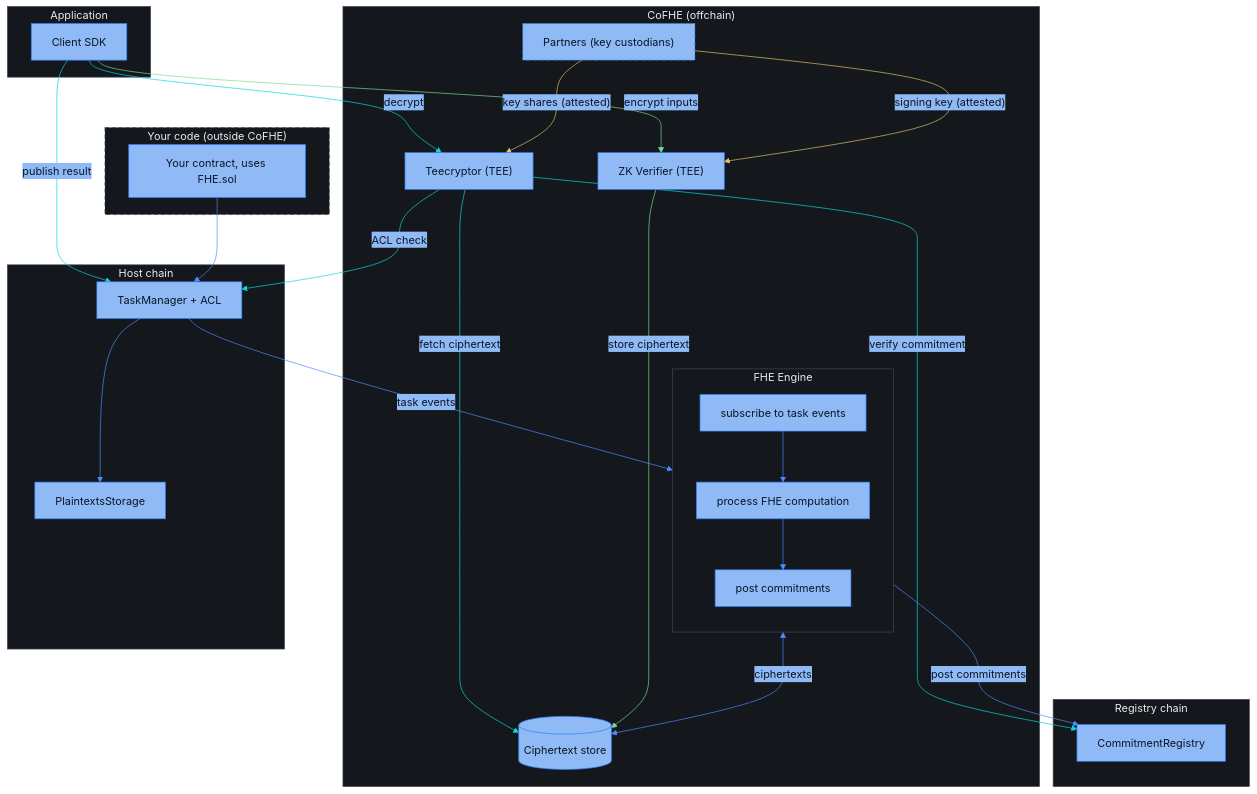
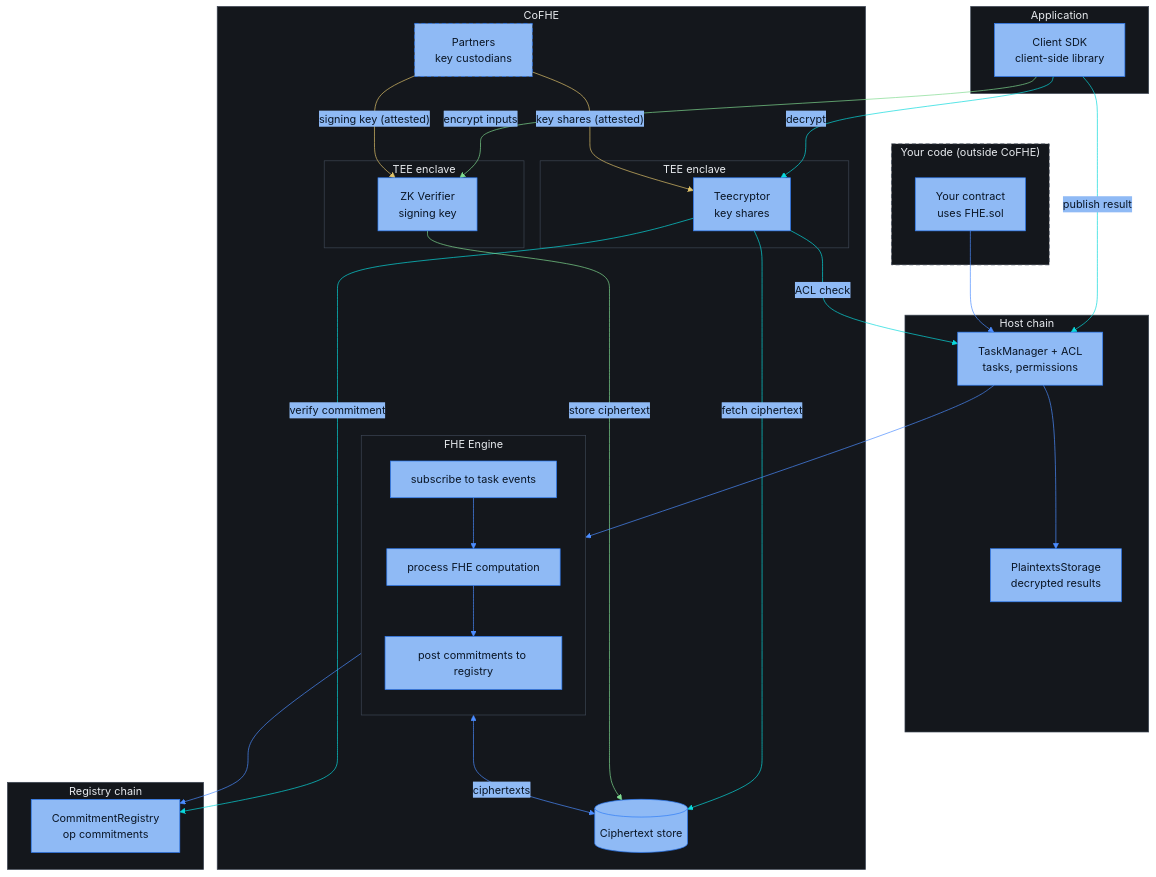
One commit to FhenixProtocol/fhenix-developer-docs changed the diagram in deep-dive/cofhe-components/overview.mdx. Above: the diagram before and after it, drawn with Mermaid.

Commit message:
[DOCS] cofhe-components/overview: diagram matches the reviewed structure, TEE enclaves and node subtitles

````diff
--- a/deep-dive/cofhe-components/overview.mdx
+++ b/deep-dive/cofhe-components/overview.mdx
@@ -8,53 +8,57 @@
 ```mermaid
 %%{init: {"theme": "base", "themeVariables": {"fontFamily": "Menlo, Monaco, Consolas, monospace", "fontSize": "16px", "primaryColor": "#8FBAF5", "primaryBorderColor": "#2E7CF6", "primaryTextColor": "#0A1626", "lineColor": "#4C8DFF", "signalColor": "#4C8DFF", "signalTextColor": "#8FA3BF", "actorBkg": "#8FBAF5", "actorBorder": "#2E7CF6", "actorTextColor": "#0A1626", "actorLineColor": "#3D4654", "noteBkgColor": "#14171C", "noteBorderColor": "#3D4654", "noteTextColor": "#AFC3DE", "activationBkgColor": "#1E3A5F", "activationBorderColor": "#4C8DFF", "clusterBkg": "#14171C", "clusterBorder": "#3D4654", "titleColor": "#E7EAEE", "edgeLabelBackground": "#8FBAF5", "textColor": "#AFC3DE", "labelTextColor": "#E7EAEE", "tertiaryColor": "#14171C", "loopTextColor": "#AFC3DE", "labelBoxBkgColor": "#1E3A5F", "labelBoxBorderColor": "#4C8DFF"}, "sequence": {"actorFontFamily": "Menlo, Monaco, Consolas, monospace", "messageFontFamily": "Menlo, Monaco, Consolas, monospace", "noteFontFamily": "Menlo, Monaco, Consolas, monospace", "width": 220, "actorFontSize": 16, "messageFontSize": 16, "noteFontSize": 15}}}%%
 flowchart TB
     subgraph Yours["Your code (outside CoFHE)"]
-        FHEC["Your contract, uses FHE.sol"]
+        FHEC["Your contract<br/>uses FHE.sol"]
     end
 
     subgraph App["Application"]
-        SDK["Client SDK"]
+        SDK["Client SDK<br/>client-side library"]
     end
 
-    subgraph CoFHE["CoFHE (offchain)"]
-        TEE["Teecryptor (TEE)"]
-        ZK["ZK Verifier (TEE)"]
-        PRT["Partners (key custodians)"]
+    subgraph Host["Host chain"]
+        TM["TaskManager + ACL<br/>tasks, permissions"]
+        PS["PlaintextsStorage<br/>decrypted results"]
+    end
+
+    subgraph CoFHE["CoFHE"]
+        subgraph TEEBOX["TEE enclave"]
+            TEE["Teecryptor<br/>key shares"]
+        end
+        subgraph ZKBOX["TEE enclave"]
+            ZK["ZK Verifier<br/>signing key"]
+        end
+        PRT["Partners<br/>key custodians"]
         CTS[("Ciphertext store")]
         subgraph ENG["FHE Engine"]
             direction TB
-            L["subscribe to task events"] --> X["process FHE computation"] --> P["post commitments"]
+            L["subscribe to task events"] --> X["process FHE computation"] --> P["post commitments to registry"]
         end
     end
 
-    subgraph Host["Host chain"]
-        TM["TaskManager + ACL"]
-        PS["PlaintextsStorage"]
-    end
-
     subgraph Registry["Registry chain"]
-        CR["CommitmentRegistry"]
+        CR["CommitmentRegistry<br/>op commitments"]
     end
 
     SDK -- "encrypt inputs" --> ZK
     SDK -- "decrypt" --> TEE
     SDK -- "publish result" --> TM
     FHEC --> TM
     TM --> PS
     TEE -- "ACL check" --> TM
     TEE -- "fetch ciphertext" --> CTS
     TEE -- "verify commitment" --> CR
     ZK -- "store ciphertext" --> CTS
     ENG <-- "ciphertexts" --> CTS
-    TM -- "task events" --> ENG
-    ENG -- "post commitments" --> CR
+    TM --> L
+    P --> CR
     PRT -- "key shares (attested)" --> TEE
     PRT -- "signing key (attested)" --> ZK
 
     linkStyle 2,10 stroke:#7FDB8F
     linkStyle 3,4,7,8,9 stroke:#0AD9DC
     linkStyle 14,15 stroke:#E0C36A
 
     style Yours stroke-dasharray: 6 4
     style PRT stroke-dasharray: 6 4
 ```
````
